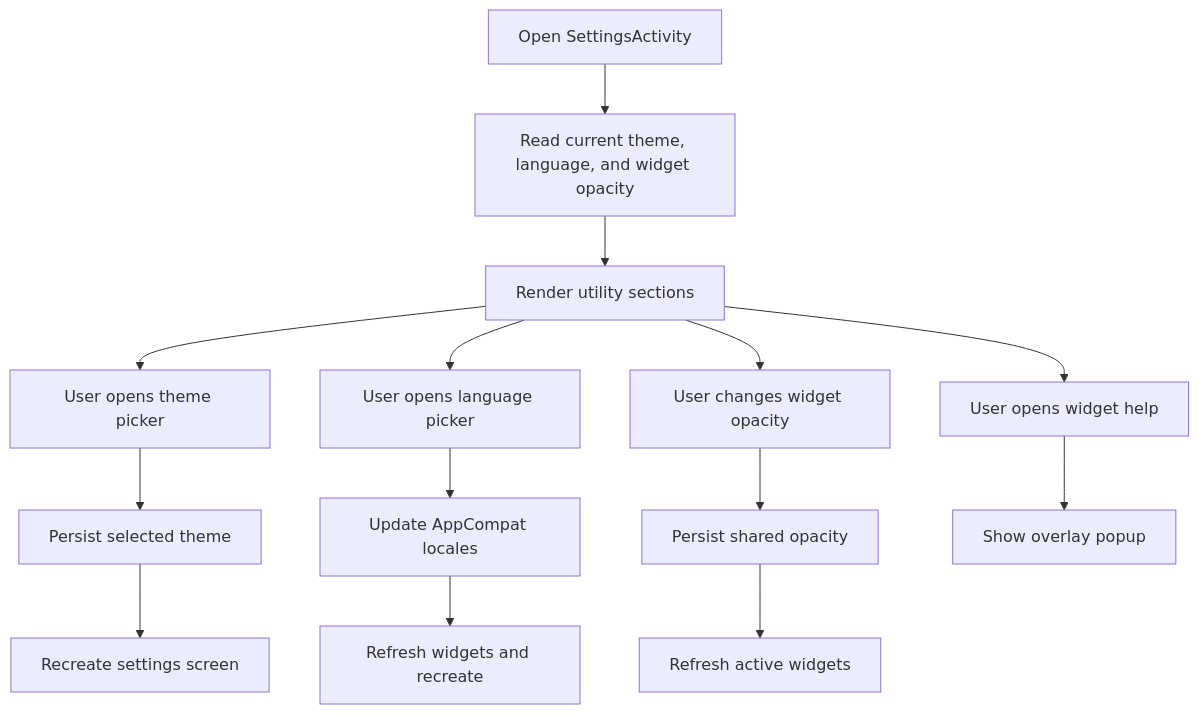
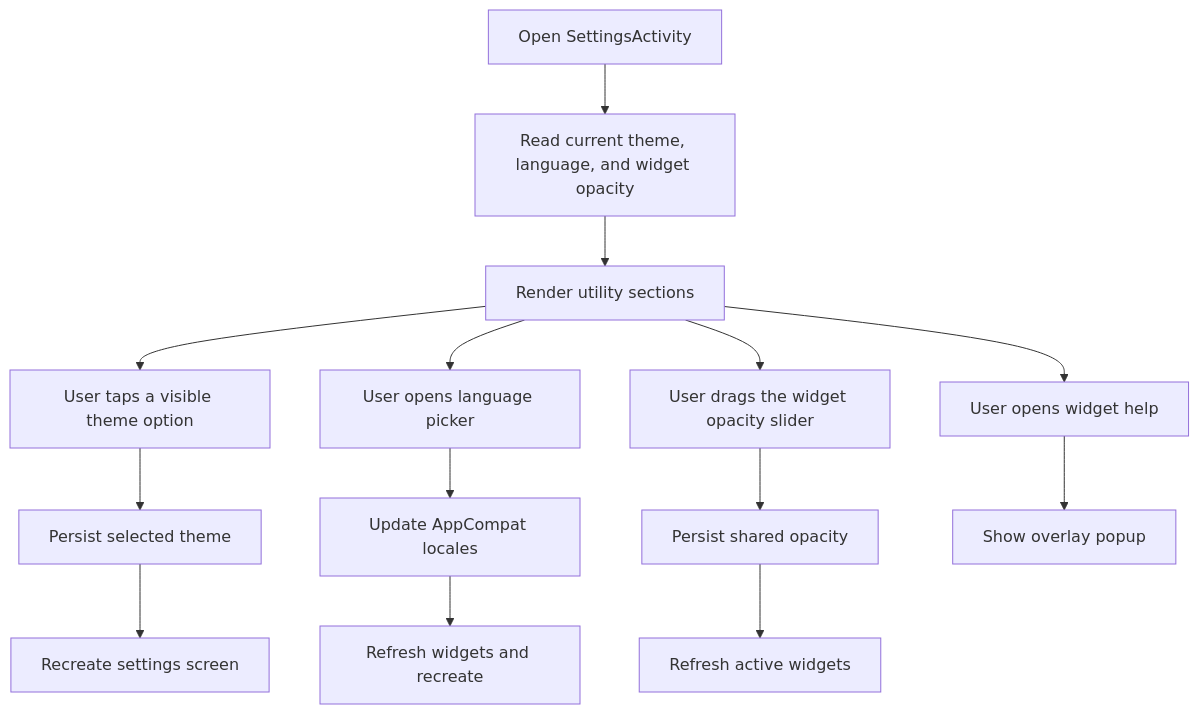
Before and after one commit to 2zcory/kanji-widget: the diagram in docs/detail-design/settings-screen.md, drawn with Mermaid. The commit also changed other lines of this file and 93 other files, not shown here.

````diff
--- a/docs/detail-design/settings-screen.md
+++ b/docs/detail-design/settings-screen.md
@@ -78,16 +85,16 @@
 ```mermaid
 flowchart TD
     A[Open SettingsActivity] --> B[Read current theme, language, and widget opacity]
     B --> C[Render utility sections]
-    C --> D[User opens theme picker]
+    C --> D[User taps a visible theme option]
     D --> E[Persist selected theme]
     E --> F[Recreate settings screen]
     C --> G[User opens language picker]
     G --> H[Update AppCompat locales]
     H --> I[Refresh widgets and recreate]
-    C --> J[User changes widget opacity]
+    C --> J[User drags the widget opacity slider]
     J --> K[Persist shared opacity]
     K --> L[Refresh active widgets]
     C --> M[User opens widget help]
     M --> N[Show overlay popup]
 ```
````
